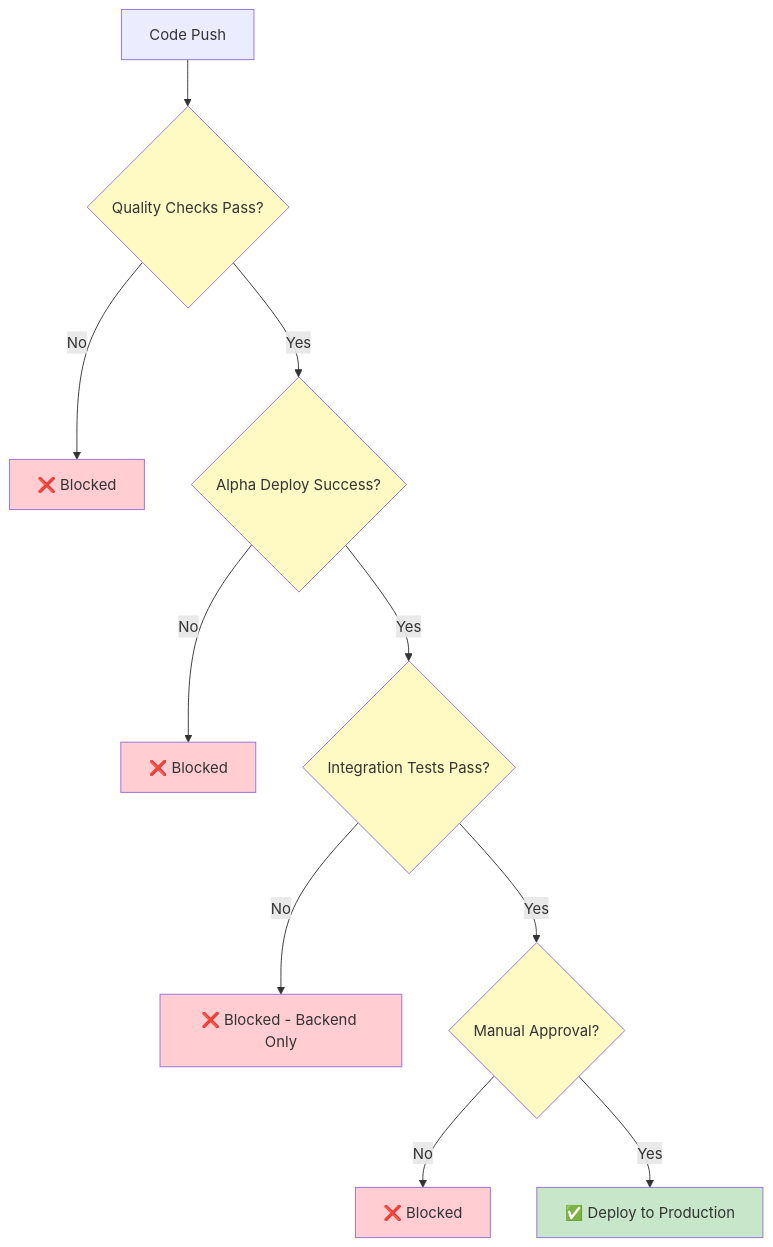
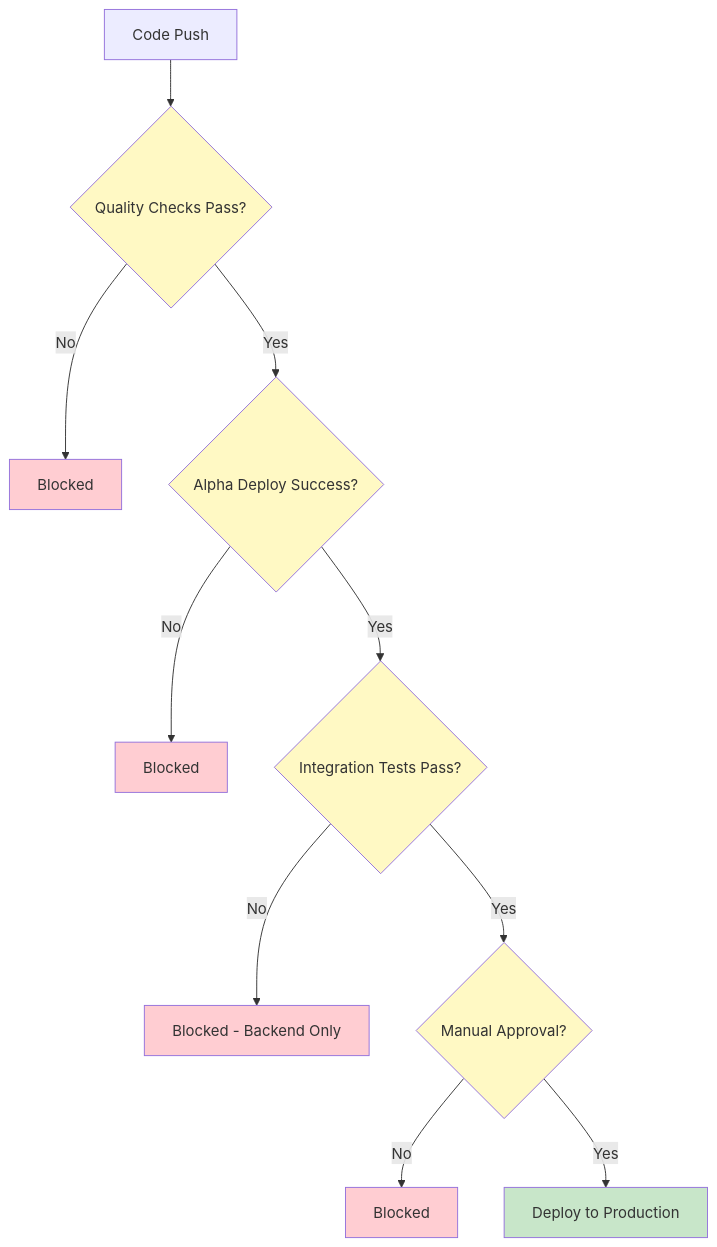
Before and after one commit to antho104/RoleReady: the fourth of 4 diagrams in docs/PIPELINE.md, drawn with Mermaid. The commit also changed other lines of this file, not shown here.

````diff
--- a/docs/PIPELINE.md
+++ b/docs/PIPELINE.md
@@ -112,22 +112,22 @@
 ```mermaid
 graph TD
     A[Code Push] --> B{Quality Checks Pass?}
-    B -->|No| X1[❌ Blocked]
+    B -->|No| X1[Blocked]
     B -->|Yes| C{Alpha Deploy Success?}
-    C -->|No| X2[❌ Blocked]
+    C -->|No| X2[Blocked]
     C -->|Yes| D{Integration Tests Pass?}
-    D -->|No| X3[❌ Blocked - Backend Only]
+    D -->|No| X3[Blocked - Backend Only]
     D -->|Yes| E{Manual Approval?}
-    E -->|No| X4[❌ Blocked]
-    E -->|Yes| F[✅ Deploy to Production]
+    E -->|No| X4[Blocked]
+    E -->|Yes| F[Deploy to Production]
 
     style B fill:#fff9c4
     style C fill:#fff9c4
     style D fill:#fff9c4
     style E fill:#fff9c4
     style F fill:#c8e6c9
     style X1 fill:#ffcdd2
     style X2 fill:#ffcdd2
     style X3 fill:#ffcdd2
     style X4 fill:#ffcdd2
 ```
````
